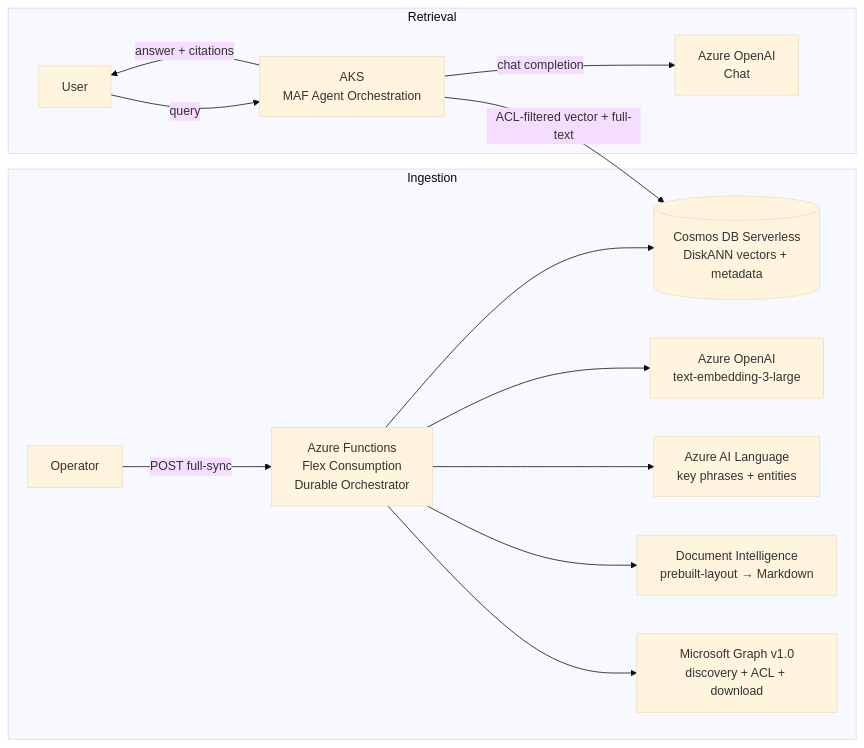
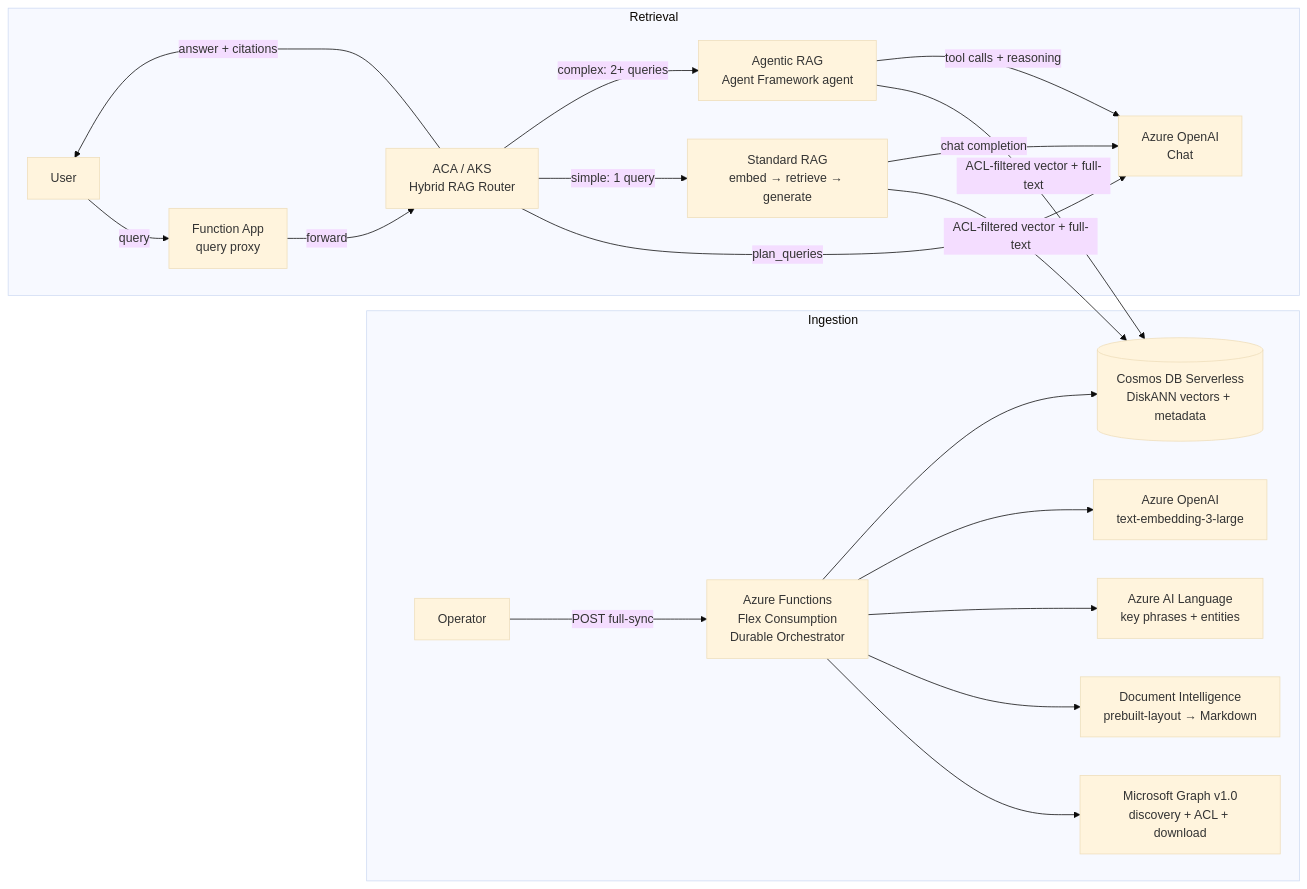
The first of 9 diagrams in docs/ARCHITECTURE.md (HariVamsiChittari/enterprise-rag-pipeline), drawn with Mermaid (base theme) before and after one commit. The commit also changed other lines of this file and 58 other files, not shown here.

````diff
--- a/docs/ARCHITECTURE.md
+++ b/docs/ARCHITECTURE.md
@@ -5,18 +5,24 @@
 ```mermaid
 flowchart LR
     subgraph Ingestion
         Operator[Operator] -->|POST full-sync| Functions[Azure Functions<br/>Flex Consumption<br/>Durable Orchestrator]
         Functions --> Graph[Microsoft Graph v1.0<br/>discovery + ACL + download]
         Functions --> DI[Document Intelligence<br/>prebuilt-layout → Markdown]
         Functions --> Language[Azure AI Language<br/>key phrases + entities]
         Functions --> OpenAI[Azure OpenAI<br/>text-embedding-3-large]
         Functions --> Cosmos[(Cosmos DB Serverless<br/>DiskANN vectors + metadata)]
     end
 
     subgraph Retrieval
-        User[User] -->|query| AKS[AKS<br/>MAF Agent Orchestration]
-        AKS -->|ACL-filtered vector + full-text| Cosmos
-        AKS -->|chat completion| OpenAIChat[Azure OpenAI<br/>Chat]
-        AKS -->|answer + citations| User
+        User[User] -->|query| FuncProxy[Function App<br/>query proxy]
+        FuncProxy -->|forward| RAG[ACA / AKS<br/>Hybrid RAG Router]
+        RAG -->|plan_queries| OpenAIChat[Azure OpenAI<br/>Chat]
+        RAG -->|simple: 1 query| Standard[Standard RAG<br/>embed → retrieve → generate]
+        RAG -->|complex: 2+ queries| Agentic[Agentic RAG<br/>Agent Framework agent]
+        Standard -->|ACL-filtered vector + full-text| Cosmos
+        Agentic -->|ACL-filtered vector + full-text| Cosmos
+        Standard -->|chat completion| OpenAIChat
+        Agentic -->|tool calls + reasoning| OpenAIChat
+        RAG -->|answer + citations| User
     end
 ```
````
